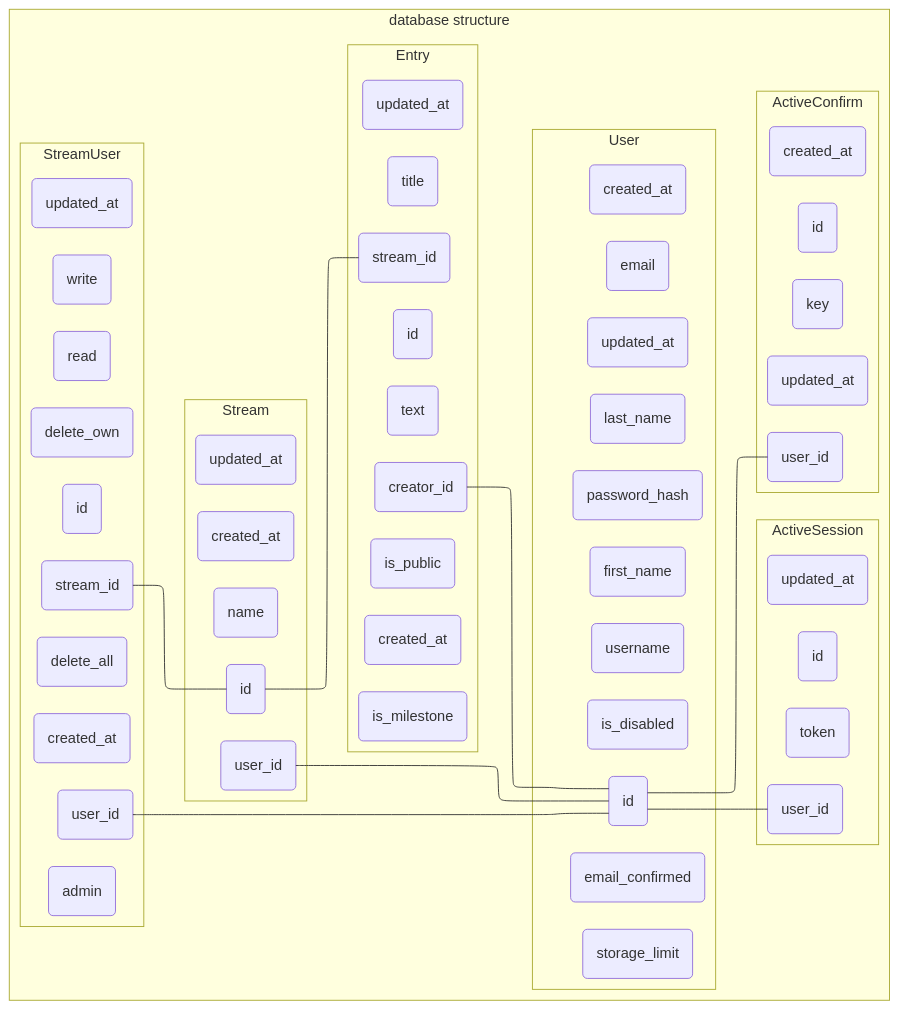
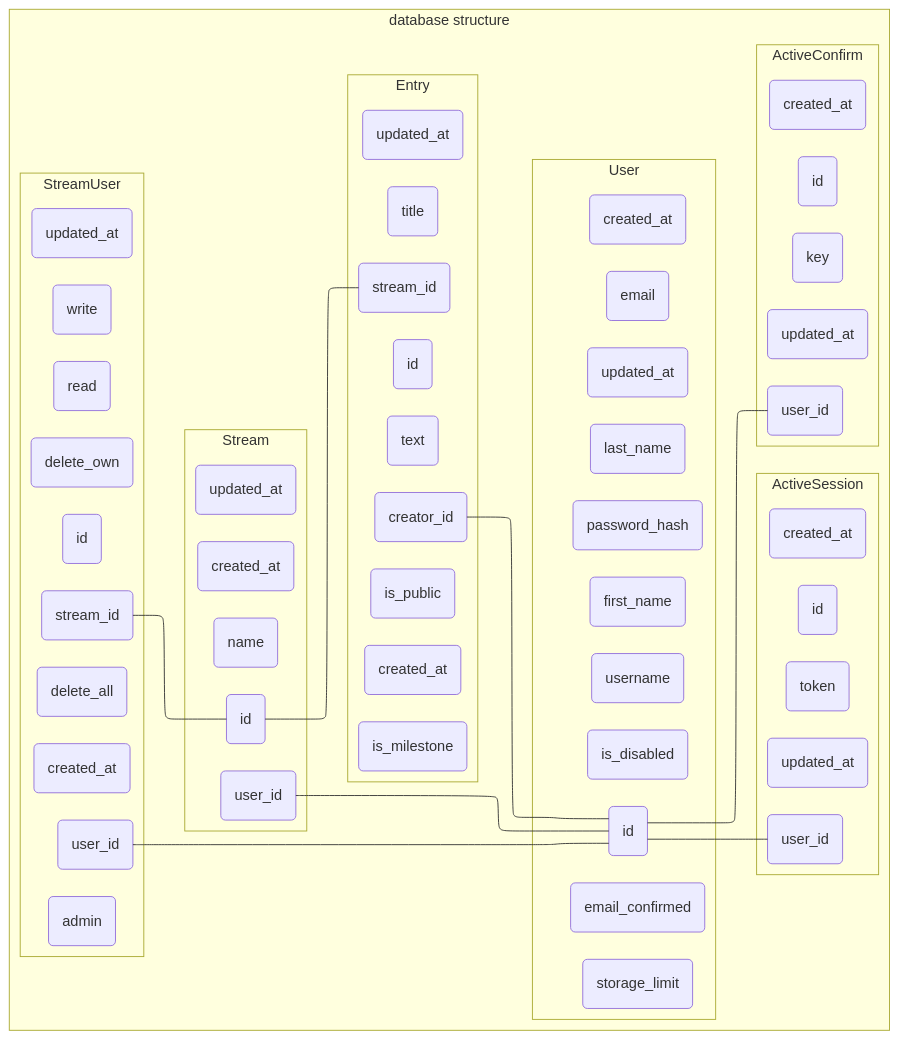
Before and after one commit to adam-herrala-bricker/aika: the diagram in DB_GUIDE.md, drawn with Mermaid.

````diff
--- a/DB_GUIDE.md
+++ b/DB_GUIDE.md
@@ -4,70 +4,70 @@
 ```mermaid
 %%{init: {"flowchart": {"defaultRenderer": "elk"}} }%%
 flowchart LR
     subgraph database structure
         subgraph User
             U1(id)
             U2(username)
             U3(first_name)
             U4(last_name)
             U5(email)
             U6(password_hash)
             U7(is_disabled)
             U8(storage_limit)
             U9(email_confirmed)
             U10(created_at)
             U11(updated_at)
         end
         subgraph ActiveSession
             AS1(id)
             AS2(user_id)
             AS3(token)
             AS4(created_at)
-            AS4(updated_at)
+            AS5(updated_at)
         end
         subgraph Stream
             S1(id)
             S2(user_id)
             S3(name)
             S4(created_at)
             S5(updated_at)
         end
         subgraph StreamUser
             SU1(id)
             SU2(stream_id)
             SU3(user_id)
             SU4(read)
             SU5(write)
             SU6(delete_own)
             SU7(delete_all)
             SU8(admin)
             SU9(created_at)
             SU10(updated_at)
         end
         subgraph Entry
             E1(id)
             E2(creator_id)
             E3(stream_id)
             E4(title)
             E5(text)
             E6(is_public)
             E7(is_milestone)
             E8(created_at)
             E9(updated_at)
         end
         subgraph ActiveConfirm
             AC1(id)
             AC2(user_id)
             AC3(key)
             AC4(created_at)
             AC5(updated_at)
         end
     end
     U1---AS2
     SU3---U1
     S2---U1
     SU2---S1
     S1---E3
     E2---U1
     U1---AC2
 ```
````
